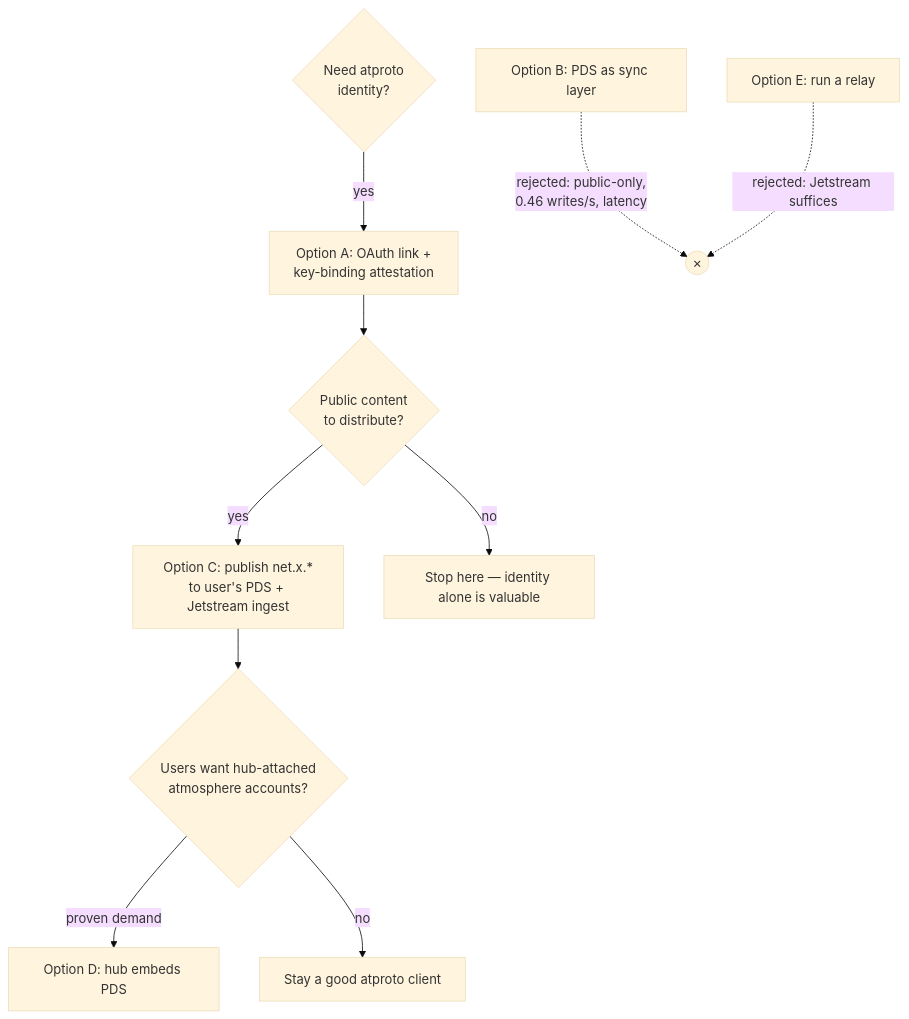
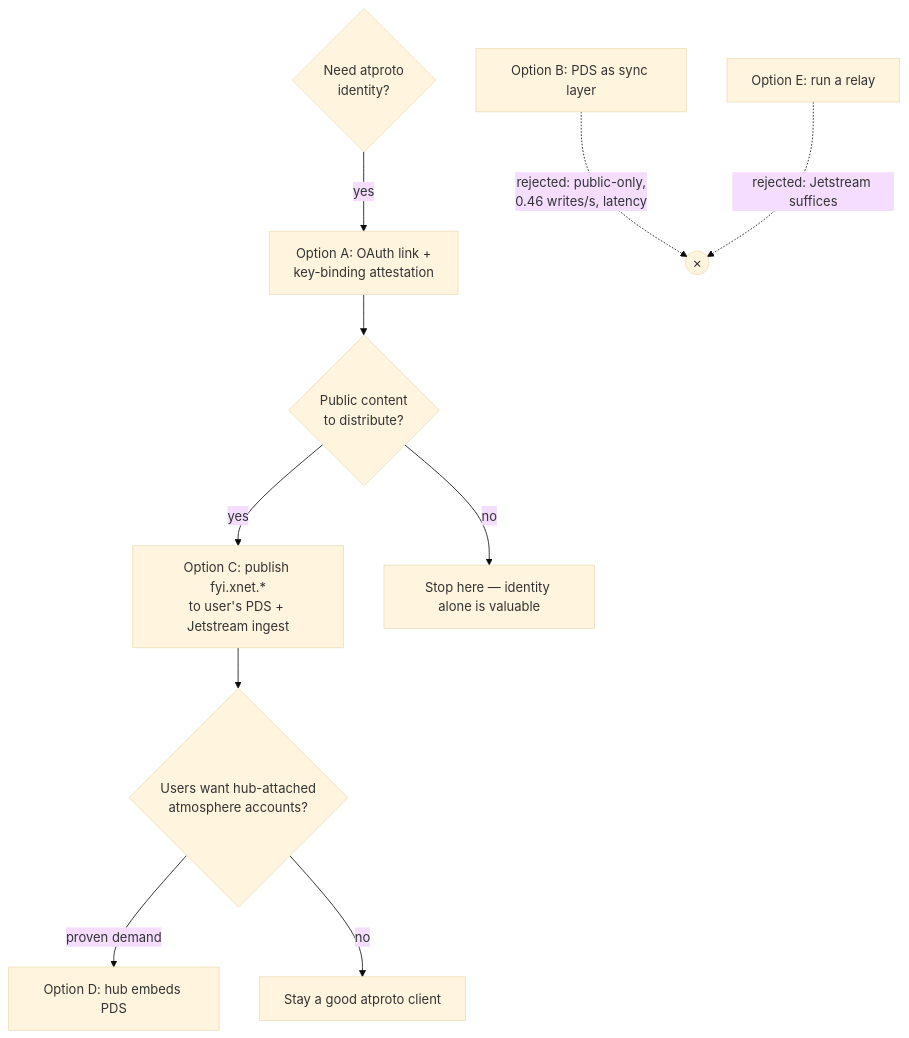
The second of 3 diagrams in docs/explorations/0301_[_]_ATPROTO_INTEGRATION_IDENTITY_SYNC_AND_HUB_AS_PDS.md (crs48/xNet), drawn with Mermaid (base theme) before and after one commit. The commit also changed other lines of this file and 5 other files, not shown here.

````diff
--- a/docs/explorations/0301_[_]_ATPROTO_INTEGRATION_IDENTITY_SYNC_AND_HUB_AS_PDS.md
+++ b/docs/explorations/0301_[_]_ATPROTO_INTEGRATION_IDENTITY_SYNC_AND_HUB_AS_PDS.md
@@ -413,12 +419,12 @@
 ```mermaid
 flowchart TD
   Q1{"Need atproto<br/>identity?"} -->|yes| A["Option A: OAuth link +<br/>key-binding attestation"]
   A --> Q2{"Public content<br/>to distribute?"}
-  Q2 -->|yes| C["Option C: publish net.x.*<br/>to user's PDS + Jetstream ingest"]
+  Q2 -->|yes| C["Option C: publish fyi.xnet.*<br/>to user's PDS + Jetstream ingest"]
   Q2 -->|no| STOP1["Stop here — identity alone is valuable"]
   C --> Q3{"Users want hub-attached<br/>atmosphere accounts?"}
   Q3 -->|"proven demand"| D["Option D: hub embeds PDS"]
   Q3 -->|no| STOP2["Stay a good atproto client"]
   B["Option B: PDS as sync layer"] -.->|"rejected: public-only,<br/>0.46 writes/s, latency"| X((✗))
   E["Option E: run a relay"] -.->|"rejected: Jetstream suffices"| X
 ```
````
